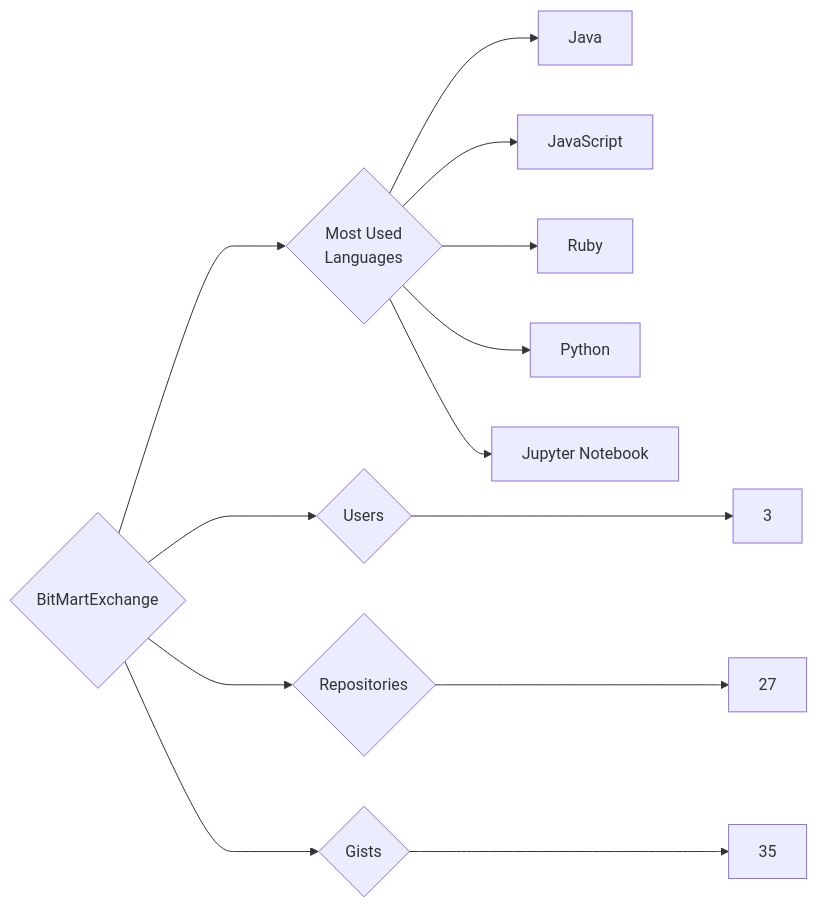
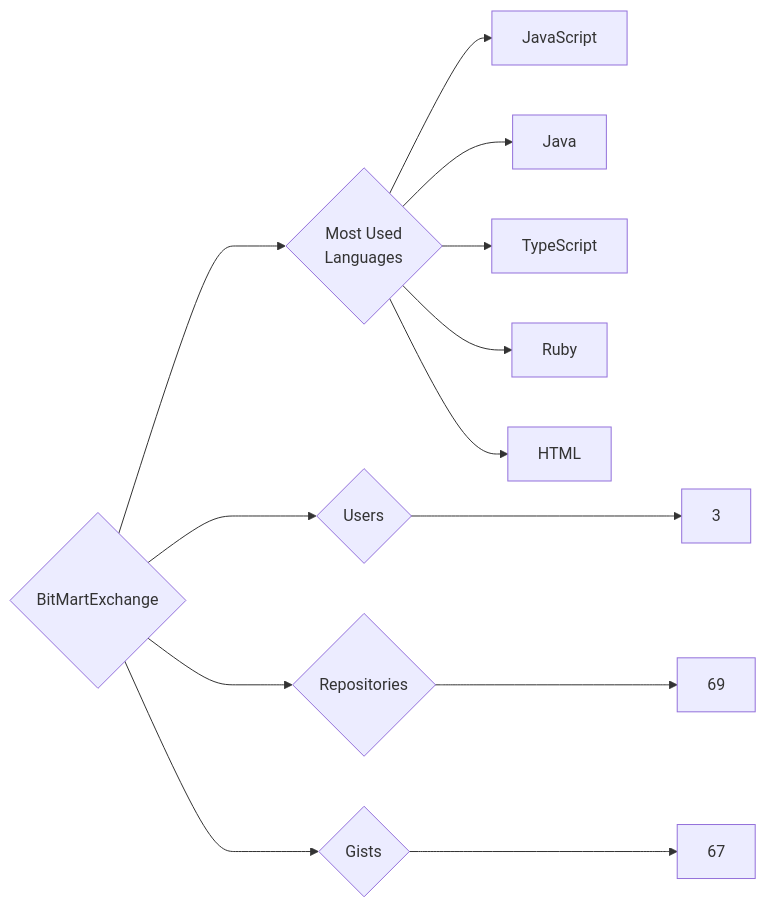
The diagram in targets/BitMartExchange/README.md (trickest/insiders), drawn with Mermaid before and after one commit. The commit also changed 997 other files, not shown here.

````diff
--- a/targets/BitMartExchange/README.md
+++ b/targets/BitMartExchange/README.md
@@ -3,13 +3,13 @@
 ```mermaid
 graph LR
 COMPANY_NAME{BitMartExchange}
 COMPANY_NAME ---> U{Users} ---> UN[3]
-COMPANY_NAME ---> R{Repositories} ---> RN[27]
-COMPANY_NAME ---> G{Gists} ---> GN[35]
+COMPANY_NAME ---> R{Repositories} ---> RN[69]
+COMPANY_NAME ---> G{Gists} ---> GN[67]
 COMPANY_NAME ---> ML{Most Used<br>Languages}
+ML --> JavaScript[JavaScript]
 ML --> Java[Java]
-ML --> JavaScript[JavaScript]
+ML --> TypeScript[TypeScript]
 ML --> Ruby[Ruby]
-ML --> Python[Python]
-ML --> Jupyter_Notebook[Jupyter Notebook]
+ML --> HTML[HTML]
 ```
````
